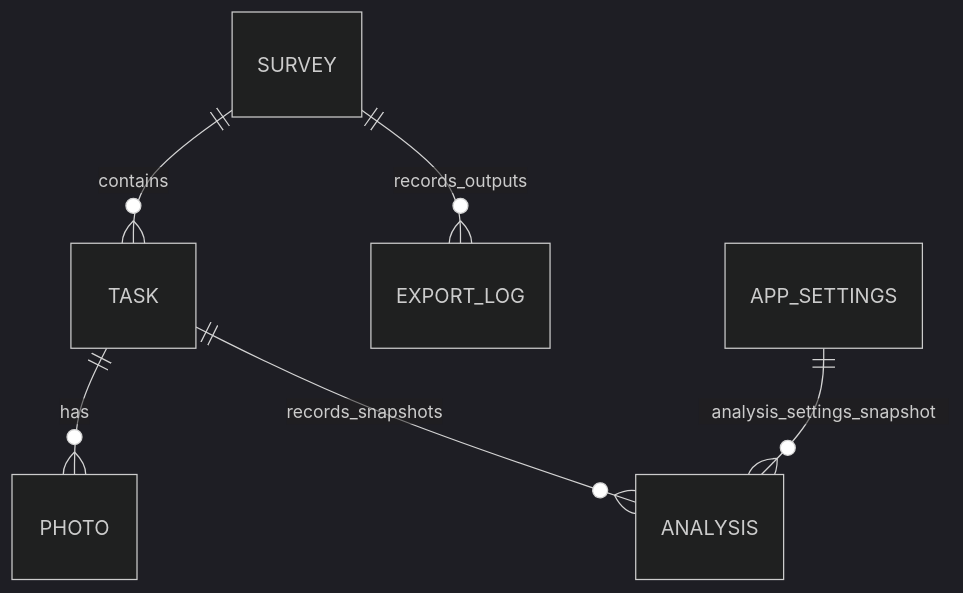
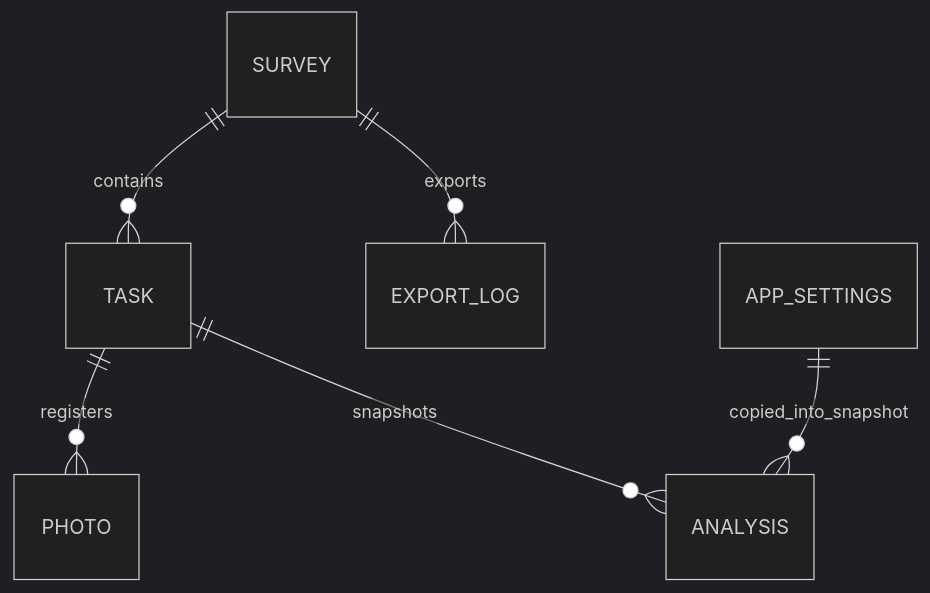
Before and after one commit to LOCO-KOREA/LOCO: the diagram in docs/ERD_데이터설계서.md, drawn with Mermaid (dark theme). The commit also changed other lines of this file and 9 other files, not shown here.

````diff
--- a/docs/ERD_데이터설계서.md
+++ b/docs/ERD_데이터설계서.md
@@ -15,8 +9,8 @@
-```mermaid
+~~~mermaid
 erDiagram
   SURVEY ||--o{ TASK : contains
-  TASK ||--o{ PHOTO : has
-  TASK ||--o{ ANALYSIS : records_snapshots
-  SURVEY ||--o{ EXPORT_LOG : records_outputs
-APP_SETTINGS ||--o{ ANALYSIS : analysis_settings_snapshot
-```
+  TASK ||--o{ PHOTO : registers
+  TASK ||--o{ ANALYSIS : snapshots
+  SURVEY ||--o{ EXPORT_LOG : exports
+  APP_SETTINGS ||--o{ ANALYSIS : copied_into_snapshot
+~~~
````
